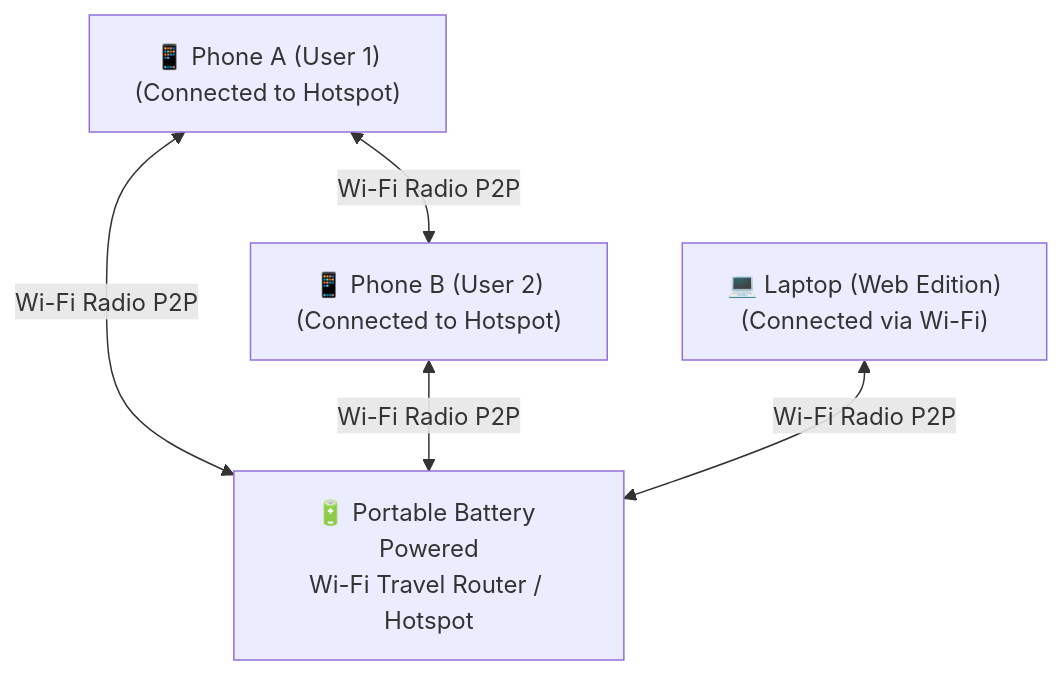
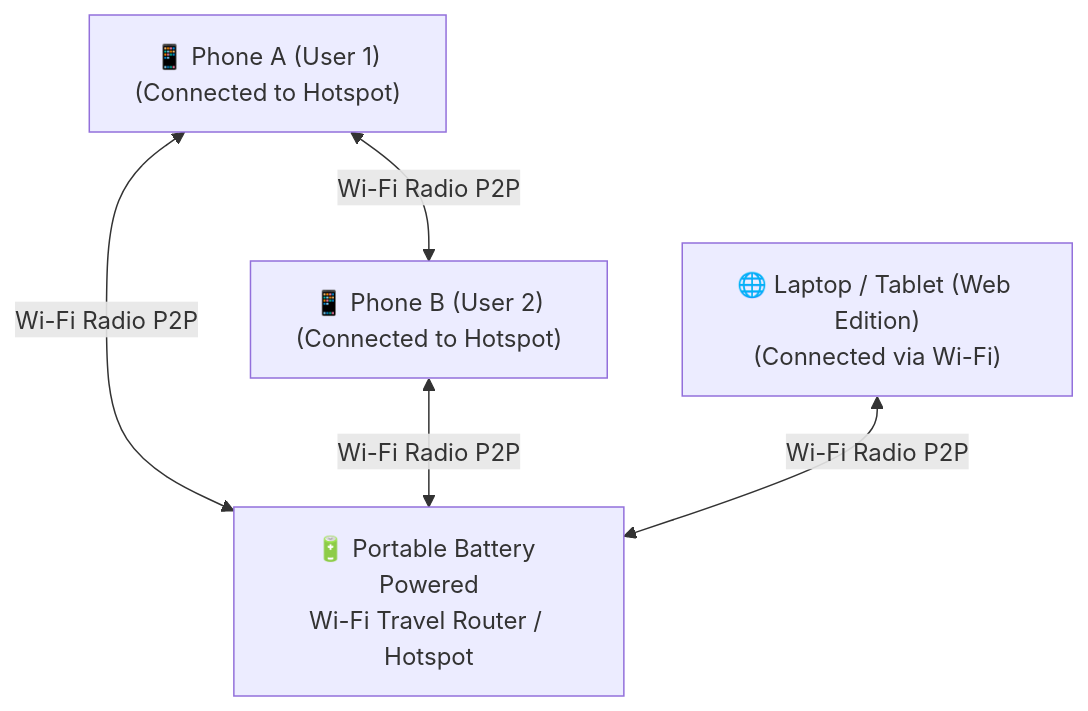
One commit to MohsinTahir4/WiFili-Messenger changed the first of 2 diagrams in README.md. Above: the diagram before and after it, drawn with Mermaid. The commit also changed other lines of this file and 5 other files, not shown here.

Commit message:
Remove desktop GUI application, keep Android APK and Web Browser Edition (WiFili-WebServer), update README and build config

````diff
--- a/README.md
+++ b/README.md
@@ -26,7 +26,7 @@
 ```mermaid
 graph TD
     A["📱 Phone A (User 1)<br>(Connected to Hotspot)"] <-->|Wi-Fi Radio P2P| B["📱 Phone B (User 2)<br>(Connected to Hotspot)"]
     A <-->|Wi-Fi Radio P2P| C["🔋 Portable Battery Powered<br>Wi-Fi Travel Router / Hotspot"]
     B <-->|Wi-Fi Radio P2P| C
-    D["💻 Laptop (Web Edition)<br>(Connected via Wi-Fi)"] <-->|Wi-Fi Radio P2P| C
+    D["🌐 Laptop / Tablet (Web Edition)<br>(Connected via Wi-Fi)"] <-->|Wi-Fi Radio P2P| C
 ```
````
